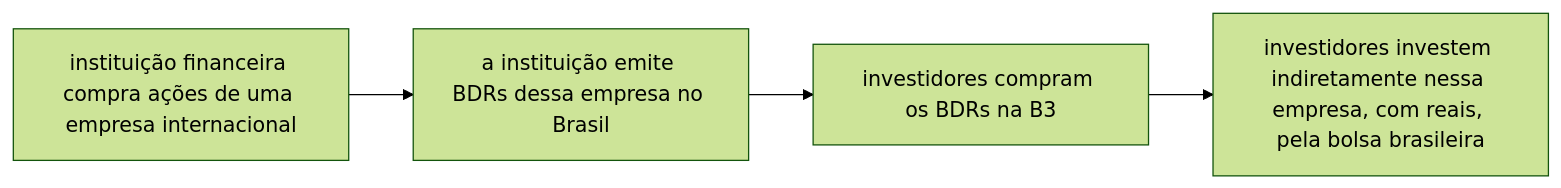
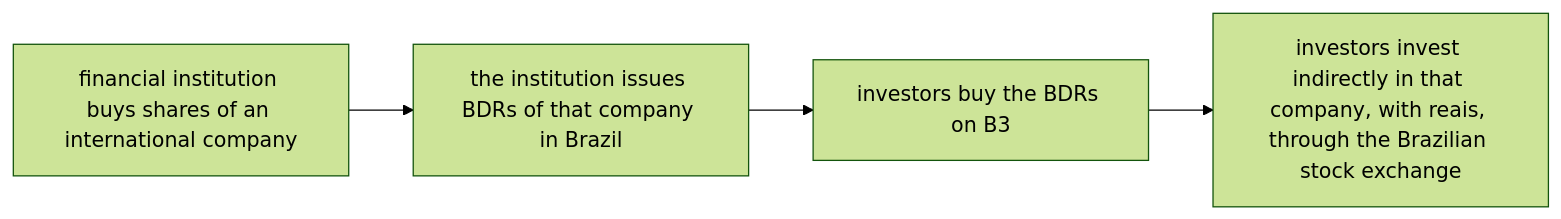
One commit to pmusachio/bdr-tickers-using-web-scraping changed the diagram in README.md. Above: the diagram before and after it, drawn with Mermaid (forest theme). The commit also changed other lines of this file, not shown here.

````diff
--- a/README.md
+++ b/README.md
@@ -23,6 +17,6 @@
 ```mermaid
 flowchart LR
-    A[instituição financeira compra ações de uma empresa internacional] --> B[a instituição emite BDRs dessa empresa no Brasil]
-    B --> C[investidores compram os BDRs na B3]
-    C --> D[investidores investem indiretamente nessa empresa, com reais, pela bolsa brasileira]
+    A[financial institution buys shares of an international company] --> B[the institution issues BDRs of that company in Brazil]
+B --> C[investors buy the BDRs on B3]
+C --> D[investors invest indirectly in that company, with reais, through the Brazilian stock exchange]
 ```
````
